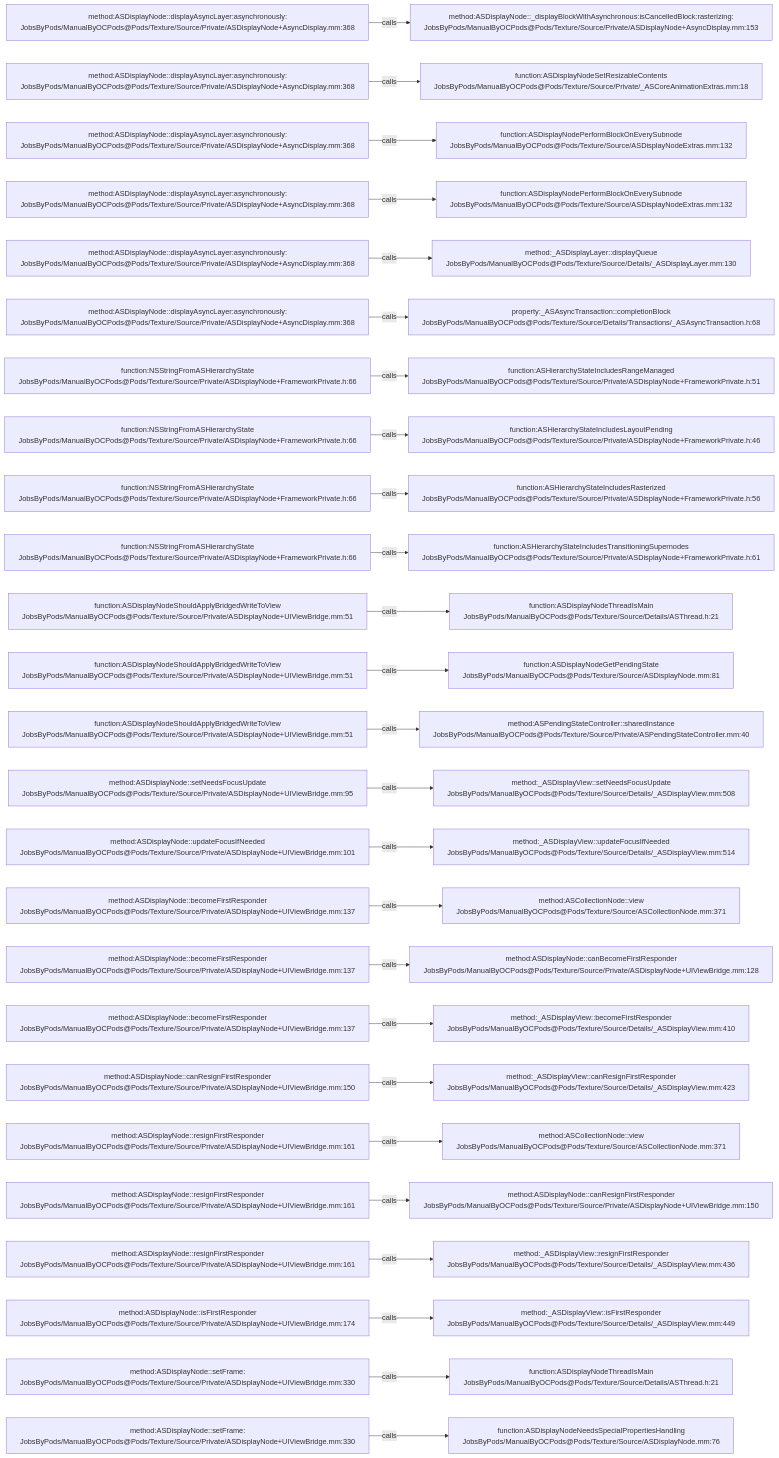
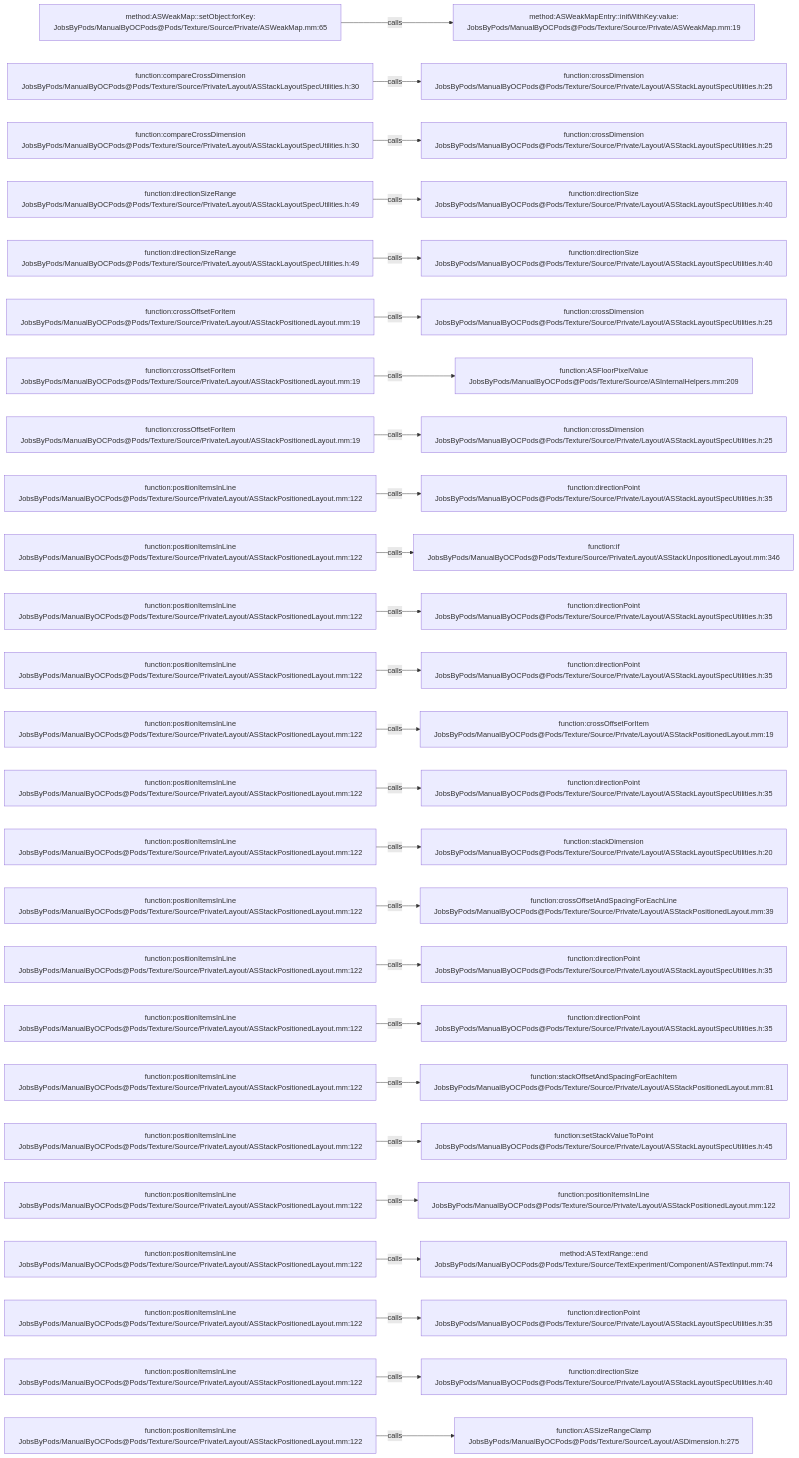
Before and after one commit to JobsKits/JobsOCBaseConfigDemo: the diagram in .codegraph/codegraph.md/graphs/calls-195.md, drawn with Mermaid. The commit also changed 1223 other files, not shown here.

````diff
--- a/.codegraph/codegraph.md/graphs/calls-195.md
+++ b/.codegraph/codegraph.md/graphs/calls-195.md
@@ -13,78 +13,78 @@
 ```mermaid
 flowchart LR
-  S1["method:ASDisplayNode::displayAsyncLayer:asynchronously:<br/>JobsByPods/ManualByOCPods@Pods/Texture/Source/Private/ASDisplayNode+AsyncDisplay.mm:368"]
-  T1["method:ASDisplayNode::_displayBlockWithAsynchronous:isCancelledBlock:rasterizing:<br/>JobsByPods/ManualByOCPods@Pods/Texture/Source/Private/ASDisplayNode+AsyncDisplay.mm:153"]
+  S1["method:ASWeakMap::setObject:forKey:<br/>JobsByPods/ManualByOCPods@Pods/Texture/Source/Private/ASWeakMap.mm:65"]
+  T1["method:ASWeakMapEntry::initWithKey:value:<br/>JobsByPods/ManualByOCPods@Pods/Texture/Source/Private/ASWeakMap.mm:19"]
   S1 -->|calls| T1
-  S2["method:ASDisplayNode::displayAsyncLayer:asynchronously:<br/>JobsByPods/ManualByOCPods@Pods/Texture/Source/Private/ASDisplayNode+AsyncDisplay.mm:368"]
-  T2["function:ASDisplayNodeSetResizableContents<br/>JobsByPods/ManualByOCPods@Pods/Texture/Source/Private/_ASCoreAnimationExtras.mm:18"]
+  S2["function:compareCrossDimension<br/>JobsByPods/ManualByOCPods@Pods/Texture/Source/Private/Layout/ASStackLayoutSpecUtilities.h:30"]
+  T2["function:crossDimension<br/>JobsByPods/ManualByOCPods@Pods/Texture/Source/Private/Layout/ASStackLayoutSpecUtilities.h:25"]
   S2 -->|calls| T2
-  S3["method:ASDisplayNode::displayAsyncLayer:asynchronously:<br/>JobsByPods/ManualByOCPods@Pods/Texture/Source/Private/ASDisplayNode+AsyncDisplay.mm:368"]
-  T3["function:ASDisplayNodePerformBlockOnEverySubnode<br/>JobsByPods/ManualByOCPods@Pods/Texture/Source/ASDisplayNodeExtras.mm:132"]
+  S3["function:compareCrossDimension<br/>JobsByPods/ManualByOCPods@Pods/Texture/Source/Private/Layout/ASStackLayoutSpecUtilities.h:30"]
+  T3["function:crossDimension<br/>JobsByPods/ManualByOCPods@Pods/Texture/Source/Private/Layout/ASStackLayoutSpecUtilities.h:25"]
   S3 -->|calls| T3
-  S4["method:ASDisplayNode::displayAsyncLayer:asynchronously:<br/>JobsByPods/ManualByOCPods@Pods/Texture/Source/Private/ASDisplayNode+AsyncDisplay.mm:368"]
-  T4["function:ASDisplayNodePerformBlockOnEverySubnode<br/>JobsByPods/ManualByOCPods@Pods/Texture/Source/ASDisplayNodeExtras.mm:132"]
+  S4["function:directionSizeRange<br/>JobsByPods/ManualByOCPods@Pods/Texture/Source/Private/Layout/ASStackLayoutSpecUtilities.h:49"]
+  T4["function:directionSize<br/>JobsByPods/ManualByOCPods@Pods/Texture/Source/Private/Layout/ASStackLayoutSpecUtilities.h:40"]
   S4 -->|calls| T4
-  S5["method:ASDisplayNode::displayAsyncLayer:asynchronously:<br/>JobsByPods/ManualByOCPods@Pods/Texture/Source/Private/ASDisplayNode+AsyncDisplay.mm:368"]
-  T5["method:_ASDisplayLayer::displayQueue<br/>JobsByPods/ManualByOCPods@Pods/Texture/Source/Details/_ASDisplayLayer.mm:130"]
+  S5["function:directionSizeRange<br/>JobsByPods/ManualByOCPods@Pods/Texture/Source/Private/Layout/ASStackLayoutSpecUtilities.h:49"]
+  T5["function:directionSize<br/>JobsByPods/ManualByOCPods@Pods/Texture/Source/Private/Layout/ASStackLayoutSpecUtilities.h:40"]
   S5 -->|calls| T5
-  S6["method:ASDisplayNode::displayAsyncLayer:asynchronously:<br/>JobsByPods/ManualByOCPods@Pods/Texture/Source/Private/ASDisplayNode+AsyncDisplay.mm:368"]
-  T6["property:_ASAsyncTransaction::completionBlock<br/>JobsByPods/ManualByOCPods@Pods/Texture/Source/Details/Transactions/_ASAsyncTransaction.h:68"]
+  S6["function:crossOffsetForItem<br/>JobsByPods/ManualByOCPods@Pods/Texture/Source/Private/Layout/ASStackPositionedLayout.mm:19"]
+  T6["function:crossDimension<br/>JobsByPods/ManualByOCPods@Pods/Texture/Source/Private/Layout/ASStackLayoutSpecUtilities.h:25"]
   S6 -->|calls| T6
-  S7["function:NSStringFromASHierarchyState<br/>JobsByPods/ManualByOCPods@Pods/Texture/Source/Private/ASDisplayNode+FrameworkPrivate.h:66"]
-  T7["function:ASHierarchyStateIncludesRangeManaged<br/>JobsByPods/ManualByOCPods@Pods/Texture/Source/Private/ASDisplayNode+FrameworkPrivate.h:51"]
+  S7["function:crossOffsetForItem<br/>JobsByPods/ManualByOCPods@Pods/Texture/Source/Private/Layout/ASStackPositionedLayout.mm:19"]
+  T7["function:ASFloorPixelValue<br/>JobsByPods/ManualByOCPods@Pods/Texture/Source/ASInternalHelpers.mm:209"]
   S7 -->|calls| T7
-  S8["function:NSStringFromASHierarchyState<br/>JobsByPods/ManualByOCPods@Pods/Texture/Source/Private/ASDisplayNode+FrameworkPrivate.h:66"]
-  T8["function:ASHierarchyStateIncludesLayoutPending<br/>JobsByPods/ManualByOCPods@Pods/Texture/Source/Private/ASDisplayNode+FrameworkPrivate.h:46"]
+  S8["function:crossOffsetForItem<br/>JobsByPods/ManualByOCPods@Pods/Texture/Source/Private/Layout/ASStackPositionedLayout.mm:19"]
+  T8["function:crossDimension<br/>JobsByPods/ManualByOCPods@Pods/Texture/Source/Private/Layout/ASStackLayoutSpecUtilities.h:25"]
   S8 -->|calls| T8
-  S9["function:NSStringFromASHierarchyState<br/>JobsByPods/ManualByOCPods@Pods/Texture/Source/Private/ASDisplayNode+FrameworkPrivate.h:66"]
-  T9["function:ASHierarchyStateIncludesRasterized<br/>JobsByPods/ManualByOCPods@Pods/Texture/Source/Private/ASDisplayNode+FrameworkPrivate.h:56"]
+  S9["function:positionItemsInLine<br/>JobsByPods/ManualByOCPods@Pods/Texture/Source/Private/Layout/ASStackPositionedLayout.mm:122"]
+  T9["function:directionPoint<br/>JobsByPods/ManualByOCPods@Pods/Texture/Source/Private/Layout/ASStackLayoutSpecUtilities.h:35"]
   S9 -->|calls| T9
-  S10["function:NSStringFromASHierarchyState<br/>JobsByPods/ManualByOCPods@Pods/Texture/Source/Private/ASDisplayNode+FrameworkPrivate.h:66"]
-  T10["function:ASHierarchyStateIncludesTransitioningSupernodes<br/>JobsByPods/ManualByOCPods@Pods/Texture/Source/Private/ASDisplayNode+FrameworkPrivate.h:61"]
+  S10["function:positionItemsInLine<br/>JobsByPods/ManualByOCPods@Pods/Texture/Source/Private/Layout/ASStackPositionedLayout.mm:122"]
+  T10["function:if<br/>JobsByPods/ManualByOCPods@Pods/Texture/Source/Private/Layout/ASStackUnpositionedLayout.mm:346"]
   S10 -->|calls| T10
-  S11["function:ASDisplayNodeShouldApplyBridgedWriteToView<br/>JobsByPods/ManualByOCPods@Pods/Texture/Source/Private/ASDisplayNode+UIViewBridge.mm:51"]
-  T11["function:ASDisplayNodeThreadIsMain<br/>JobsByPods/ManualByOCPods@Pods/Texture/Source/Details/ASThread.h:21"]
+  S11["function:positionItemsInLine<br/>JobsByPods/ManualByOCPods@Pods/Texture/Source/Private/Layout/ASStackPositionedLayout.mm:122"]
+  T11["function:directionPoint<br/>JobsByPods/ManualByOCPods@Pods/Texture/Source/Private/Layout/ASStackLayoutSpecUtilities.h:35"]
   S11 -->|calls| T11
-  S12["function:ASDisplayNodeShouldApplyBridgedWriteToView<br/>JobsByPods/ManualByOCPods@Pods/Texture/Source/Private/ASDisplayNode+UIViewBridge.mm:51"]
-  T12["function:ASDisplayNodeGetPendingState<br/>JobsByPods/ManualByOCPods@Pods/Texture/Source/ASDisplayNode.mm:81"]
+  S12["function:positionItemsInLine<br/>JobsByPods/ManualByOCPods@Pods/Texture/Source/Private/Layout/ASStackPositionedLayout.mm:122"]
+  T12["function:directionPoint<br/>JobsByPods/ManualByOCPods@Pods/Texture/Source/Private/Layout/ASStackLayoutSpecUtilities.h:35"]
   S12 -->|calls| T12
-  S13["function:ASDisplayNodeShouldApplyBridgedWriteToView<br/>JobsByPods/ManualByOCPods@Pods/Texture/Source/Private/ASDisplayNode+UIViewBridge.mm:51"]
-  T13["method:ASPendingStateController::sharedInstance<br/>JobsByPods/ManualByOCPods@Pods/Texture/Source/Private/ASPendingStateController.mm:40"]
+  S13["function:positionItemsInLine<br/>JobsByPods/ManualByOCPods@Pods/Texture/Source/Private/Layout/ASStackPositionedLayout.mm:122"]
+  T13["function:crossOffsetForItem<br/>JobsByPods/ManualByOCPods@Pods/Texture/Source/Private/Layout/ASStackPositionedLayout.mm:19"]
   S13 -->|calls| T13
-  S14["method:ASDisplayNode::setNeedsFocusUpdate<br/>JobsByPods/ManualByOCPods@Pods/Texture/Source/Private/ASDisplayNode+UIViewBridge.mm:95"]
-  T14["method:_ASDisplayView::setNeedsFocusUpdate<br/>JobsByPods/ManualByOCPods@Pods/Texture/Source/Details/_ASDisplayView.mm:508"]
+  S14["function:positionItemsInLine<br/>JobsByPods/ManualByOCPods@Pods/Texture/Source/Private/Layout/ASStackPositionedLayout.mm:122"]
+  T14["function:directionPoint<br/>JobsByPods/ManualByOCPods@Pods/Texture/Source/Private/Layout/ASStackLayoutSpecUtilities.h:35"]
   S14 -->|calls| T14
-  S15["method:ASDisplayNode::updateFocusIfNeeded<br/>JobsByPods/ManualByOCPods@Pods/Texture/Source/Private/ASDisplayNode+UIViewBridge.mm:101"]
-  T15["method:_ASDisplayView::updateFocusIfNeeded<br/>JobsByPods/ManualByOCPods@Pods/Texture/Source/Details/_ASDisplayView.mm:514"]
+  S15["function:positionItemsInLine<br/>JobsByPods/ManualByOCPods@Pods/Texture/Source/Private/Layout/ASStackPositionedLayout.mm:122"]
+  T15["function:stackDimension<br/>JobsByPods/ManualByOCPods@Pods/Texture/Source/Private/Layout/ASStackLayoutSpecUtilities.h:20"]
   S15 -->|calls| T15
-  S16["method:ASDisplayNode::becomeFirstResponder<br/>JobsByPods/ManualByOCPods@Pods/Texture/Source/Private/ASDisplayNode+UIViewBridge.mm:137"]
-  T16["method:ASCollectionNode::view<br/>JobsByPods/ManualByOCPods@Pods/Texture/Source/ASCollectionNode.mm:371"]
+  S16["function:positionItemsInLine<br/>JobsByPods/ManualByOCPods@Pods/Texture/Source/Private/Layout/ASStackPositionedLayout.mm:122"]
+  T16["function:crossOffsetAndSpacingForEachLine<br/>JobsByPods/ManualByOCPods@Pods/Texture/Source/Private/Layout/ASStackPositionedLayout.mm:39"]
   S16 -->|calls| T16
-  S17["method:ASDisplayNode::becomeFirstResponder<br/>JobsByPods/ManualByOCPods@Pods/Texture/Source/Private/ASDisplayNode+UIViewBridge.mm:137"]
-  T17["method:ASDisplayNode::canBecomeFirstResponder<br/>JobsByPods/ManualByOCPods@Pods/Texture/Source/Private/ASDisplayNode+UIViewBridge.mm:128"]
+  S17["function:positionItemsInLine<br/>JobsByPods/ManualByOCPods@Pods/Texture/Source/Private/Layout/ASStackPositionedLayout.mm:122"]
+  T17["function:directionPoint<br/>JobsByPods/ManualByOCPods@Pods/Texture/Source/Private/Layout/ASStackLayoutSpecUtilities.h:35"]
   S17 -->|calls| T17
-  S18["method:ASDisplayNode::becomeFirstResponder<br/>JobsByPods/ManualByOCPods@Pods/Texture/Source/Private/ASDisplayNode+UIViewBridge.mm:137"]
-  T18["method:_ASDisplayView::becomeFirstResponder<br/>JobsByPods/ManualByOCPods@Pods/Texture/Source/Details/_ASDisplayView.mm:410"]
+  S18["function:positionItemsInLine<br/>JobsByPods/ManualByOCPods@Pods/Texture/Source/Private/Layout/ASStackPositionedLayout.mm:122"]
+  T18["function:directionPoint<br/>JobsByPods/ManualByOCPods@Pods/Texture/Source/Private/Layout/ASStackLayoutSpecUtilities.h:35"]
   S18 -->|calls| T18
-  S19["method:ASDisplayNode::canResignFirstResponder<br/>JobsByPods/ManualByOCPods@Pods/Texture/Source/Private/ASDisplayNode+UIViewBridge.mm:150"]
-  T19["method:_ASDisplayView::canResignFirstResponder<br/>JobsByPods/ManualByOCPods@Pods/Texture/Source/Details/_ASDisplayView.mm:423"]
+  S19["function:positionItemsInLine<br/>JobsByPods/ManualByOCPods@Pods/Texture/Source/Private/Layout/ASStackPositionedLayout.mm:122"]
+  T19["function:stackOffsetAndSpacingForEachItem<br/>JobsByPods/ManualByOCPods@Pods/Texture/Source/Private/Layout/ASStackPositionedLayout.mm:81"]
   S19 -->|calls| T19
-  S20["method:ASDisplayNode::resignFirstResponder<br/>JobsByPods/ManualByOCPods@Pods/Texture/Source/Private/ASDisplayNode+UIViewBridge.mm:161"]
-  T20["method:ASCollectionNode::view<br/>JobsByPods/ManualByOCPods@Pods/Texture/Source/ASCollectionNode.mm:371"]
+  S20["function:positionItemsInLine<br/>JobsByPods/ManualByOCPods@Pods/Texture/Source/Private/Layout/ASStackPositionedLayout.mm:122"]
+  T20["function:setStackValueToPoint<br/>JobsByPods/ManualByOCPods@Pods/Texture/Source/Private/Layout/ASStackLayoutSpecUtilities.h:45"]
   S20 -->|calls| T20
-  S21["method:ASDisplayNode::resignFirstResponder<br/>JobsByPods/ManualByOCPods@Pods/Texture/Source/Private/ASDisplayNode+UIViewBridge.mm:161"]
-  T21["method:ASDisplayNode::canResignFirstResponder<br/>JobsByPods/ManualByOCPods@Pods/Texture/Source/Private/ASDisplayNode+UIViewBridge.mm:150"]
+  S21["function:positionItemsInLine<br/>JobsByPods/ManualByOCPods@Pods/Texture/Source/Private/Layout/ASStackPositionedLayout.mm:122"]
+  T21["function:positionItemsInLine<br/>JobsByPods/ManualByOCPods@Pods/Texture/Source/Private/Layout/ASStackPositionedLayout.mm:122"]
   S21 -->|calls| T21
-  S22["method:ASDisplayNode::resignFirstResponder<br/>JobsByPods/ManualByOCPods@Pods/Texture/Source/Private/ASDisplayNode+UIViewBridge.mm:161"]
-  T22["method:_ASDisplayView::resignFirstResponder<br/>JobsByPods/ManualByOCPods@Pods/Texture/Source/Details/_ASDisplayView.mm:436"]
+  S22["function:positionItemsInLine<br/>JobsByPods/ManualByOCPods@Pods/Texture/Source/Private/Layout/ASStackPositionedLayout.mm:122"]
+  T22["method:ASTextRange::end<br/>JobsByPods/ManualByOCPods@Pods/Texture/Source/TextExperiment/Component/ASTextInput.mm:74"]
   S22 -->|calls| T22
-  S23["method:ASDisplayNode::isFirstResponder<br/>JobsByPods/ManualByOCPods@Pods/Texture/Source/Private/ASDisplayNode+UIViewBridge.mm:174"]
-  T23["method:_ASDisplayView::isFirstResponder<br/>JobsByPods/ManualByOCPods@Pods/Texture/Source/Details/_ASDisplayView.mm:449"]
+  S23["function:positionItemsInLine<br/>JobsByPods/ManualByOCPods@Pods/Texture/Source/Private/Layout/ASStackPositionedLayout.mm:122"]
+  T23["function:directionPoint<br/>JobsByPods/ManualByOCPods@Pods/Texture/Source/Private/Layout/ASStackLayoutSpecUtilities.h:35"]
   S23 -->|calls| T23
-  S24["method:ASDisplayNode::setFrame:<br/>JobsByPods/ManualByOCPods@Pods/Texture/Source/Private/ASDisplayNode+UIViewBridge.mm:330"]
-  T24["function:ASDisplayNodeThreadIsMain<br/>JobsByPods/ManualByOCPods@Pods/Texture/Source/Details/ASThread.h:21"]
+  S24["function:positionItemsInLine<br/>JobsByPods/ManualByOCPods@Pods/Texture/Source/Private/Layout/ASStackPositionedLayout.mm:122"]
+  T24["function:directionSize<br/>JobsByPods/ManualByOCPods@Pods/Texture/Source/Private/Layout/ASStackLayoutSpecUtilities.h:40"]
   S24 -->|calls| T24
-  S25["method:ASDisplayNode::setFrame:<br/>JobsByPods/ManualByOCPods@Pods/Texture/Source/Private/ASDisplayNode+UIViewBridge.mm:330"]
-  T25["function:ASDisplayNodeNeedsSpecialPropertiesHandling<br/>JobsByPods/ManualByOCPods@Pods/Texture/Source/ASDisplayNode.mm:76"]
+  S25["function:positionItemsInLine<br/>JobsByPods/ManualByOCPods@Pods/Texture/Source/Private/Layout/ASStackPositionedLayout.mm:122"]
+  T25["function:ASSizeRangeClamp<br/>JobsByPods/ManualByOCPods@Pods/Texture/Source/Layout/ASDimension.h:275"]
   S25 -->|calls| T25
 ```
````
